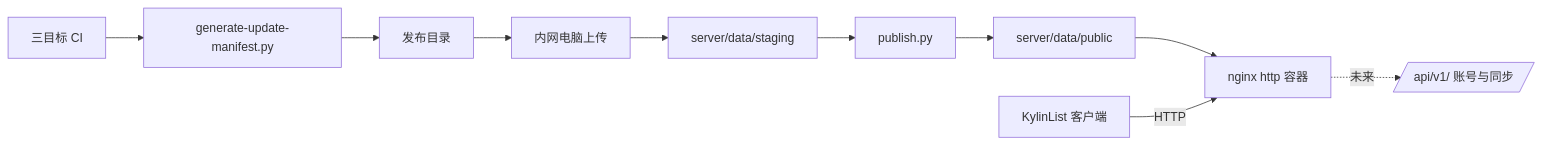
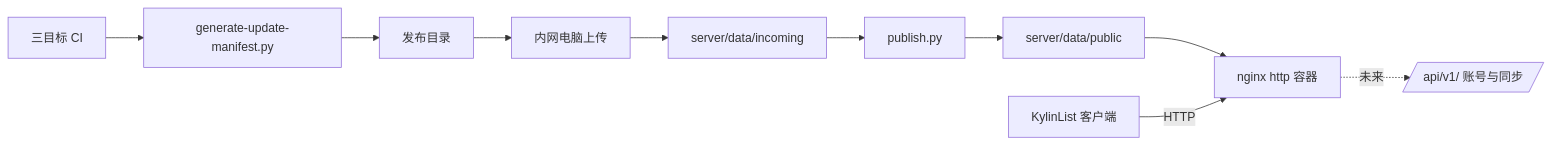
One commit to hualiyexi/kylinnote changed the diagram in docs/updates.md. Above: the diagram before and after it, drawn with Mermaid. The commit also changed other lines of this file and 3 other files, not shown here.

````diff
--- a/docs/updates.md
+++ b/docs/updates.md
@@ -14,9 +14,9 @@
 ```mermaid
 flowchart LR
     CI[三目标 CI] --> G[generate-update-manifest.py] --> R[发布目录]
-    R --> P[内网电脑上传] --> S[server/data/staging]
+    R --> P[内网电脑上传] --> S[server/data/incoming]
     S --> PUB[publish.py] --> F[server/data/public]
     F --> NG[nginx http 容器]
     K[KylinList 客户端] -->|HTTP| NG
     NG -. 未来 .-> API[/api/v1/ 账号与同步/]
 ```
````
